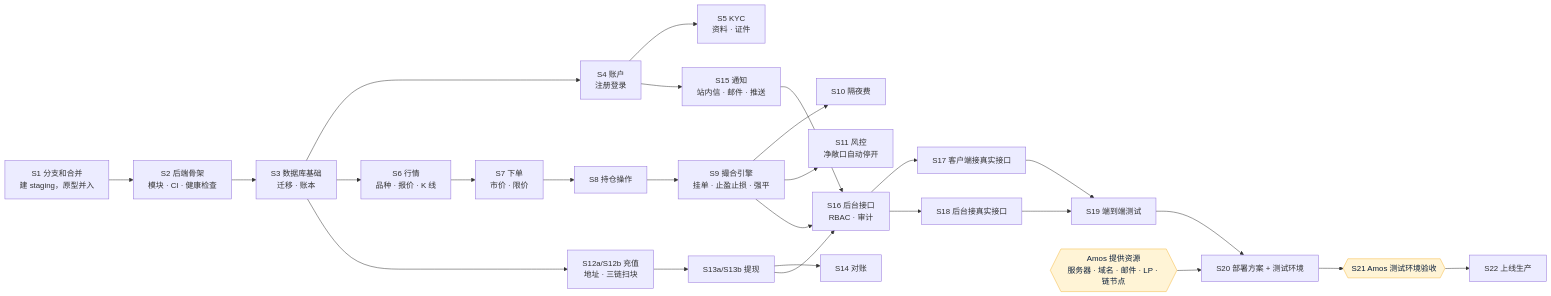
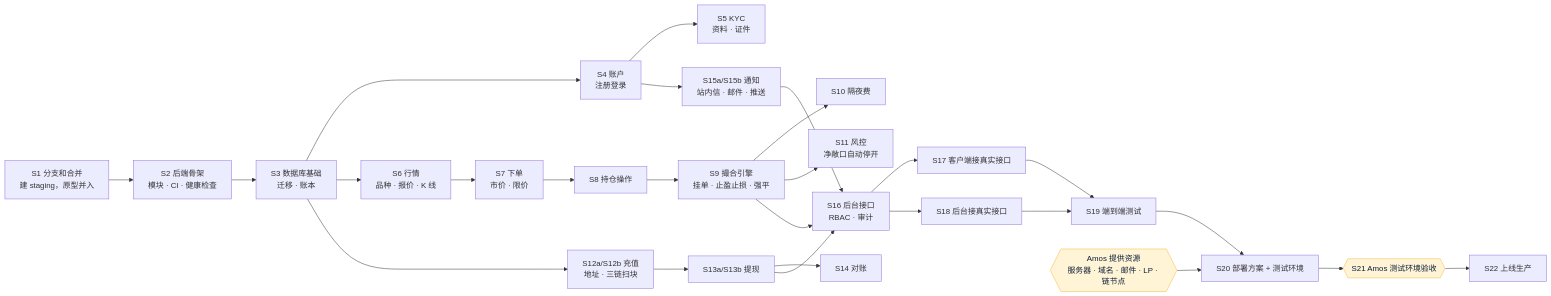
Before and after one commit to dollar3651314/falconx-lite: the diagram in 需求文档/v1-任务清单.md, drawn with Mermaid. The commit also changed other lines of this file and 47 other files, not shown here.

````diff
--- a/需求文档/v1-任务清单.md
+++ b/需求文档/v1-任务清单.md
@@ -25,23 +25,23 @@
 ```mermaid
 flowchart LR
     S1["S1 分支和合并<br/>建 staging，原型并入"] --> S2["S2 后端骨架<br/>模块 · CI · 健康检查"]
     S2 --> S3["S3 数据库基础<br/>迁移 · 账本"]
     S3 --> S4["S4 账户<br/>注册登录"] --> S5["S5 KYC<br/>资料 · 证件"]
     S3 --> S6["S6 行情<br/>品种 · 报价 · K 线"]
     S6 --> S7["S7 下单<br/>市价 · 限价"] --> S8["S8 持仓操作"] --> S9["S9 撮合引擎<br/>挂单 · 止盈止损 · 强平"] --> S10["S10 隔夜费"]
     S9 --> S11["S11 风控<br/>净敞口自动停开"]
     S3 --> S12["S12a/S12b 充值<br/>地址 · 三链扫块"] --> S13["S13a/S13b 提现"] --> S14["S14 对账"]
-    S4 --> S15["S15 通知<br/>站内信 · 邮件 · 推送"]
+    S4 --> S15["S15a/S15b 通知<br/>站内信 · 邮件 · 推送"]
     S15 --> S16["S16 后台接口<br/>RBAC · 审计"]
     S9 --> S16
     S13 --> S16
     S16 --> S17["S17 客户端接真实接口"]
     S16 --> S18["S18 后台接真实接口"]
     S17 --> S19["S19 端到端测试"]
     S18 --> S19
     R{{"Amos 提供资源<br/>服务器 · 域名 · 邮件 · LP · 链节点"}} --> S20["S20 部署方案 + 测试环境"]
     S19 --> S20 --> S21{{"S21 Amos 测试环境验收"}} --> S22["S22 上线生产"]
 
     classDef amos fill:#FFF4D6,stroke:#F5B83D,color:#0B1F3A
     class R,S21 amos
 ```
````
